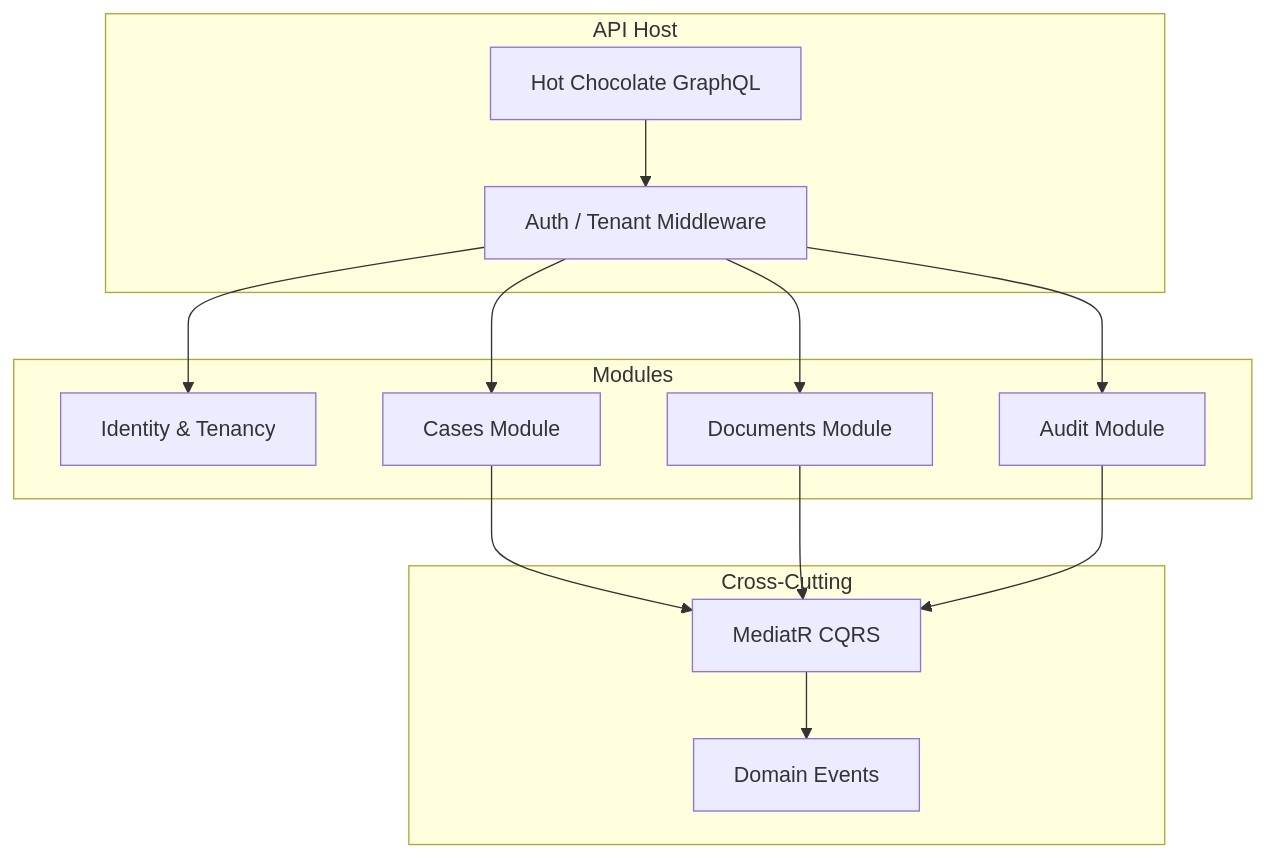
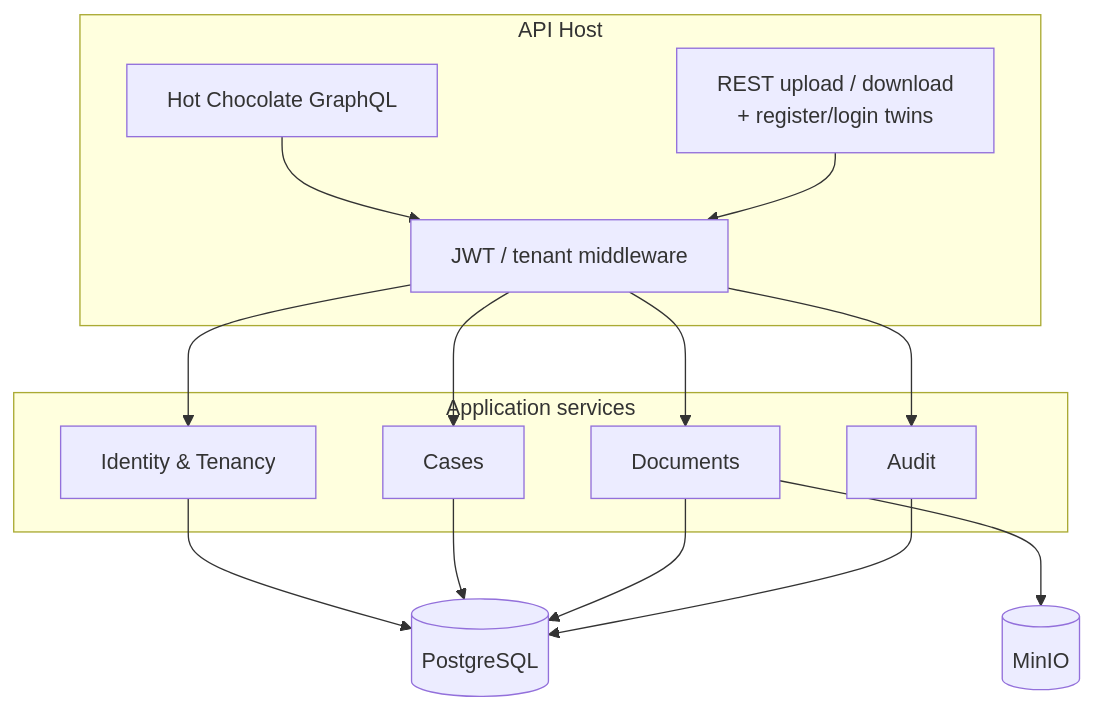
One commit to SDS37/kyc-multi-frontend changed the sixth of 8 diagrams in docs/architecture.md. Above: the diagram before and after it, drawn with Mermaid. The commit also changed other lines of this file and 20 other files, not shown here.

First line of the commit message:
docs: after-MVP wishlist and honest Redis/MediatR diagrams (#113)

````diff
--- a/docs/architecture.md
+++ b/docs/architecture.md
@@ -177,29 +183,30 @@
 ```mermaid
 flowchart TB
     subgraph API["API Host"]
         GQL["Hot Chocolate GraphQL"]
-        Middleware["Auth / Tenant Middleware"]
+        Rest["REST upload / download<br/>+ register/login twins"]
+        Middleware["JWT / tenant middleware"]
     end
 
-    subgraph Modules
+    subgraph Application["Application services"]
         Identity["Identity & Tenancy"]
-        Cases["Cases Module"]
-        Documents["Documents Module"]
-        Audit["Audit Module"]
+        Cases["Cases"]
+        Documents["Documents"]
+        Audit["Audit"]
     end
 
-    subgraph CrossCutting["Cross-Cutting"]
-        CQRS["MediatR CQRS"]
-        Events["Domain Events"]
-    end
+    PG[(PostgreSQL)]
+    Minio[(MinIO)]
 
     GQL --> Middleware
+    Rest --> Middleware
     Middleware --> Identity
     Middleware --> Cases
     Middleware --> Documents
     Middleware --> Audit
-    Cases --> CQRS
-    Documents --> CQRS
-    Audit --> CQRS
-    CQRS --> Events
+    Identity --> PG
+    Cases --> PG
+    Documents --> PG
+    Documents --> Minio
+    Audit --> PG
 ```
````
